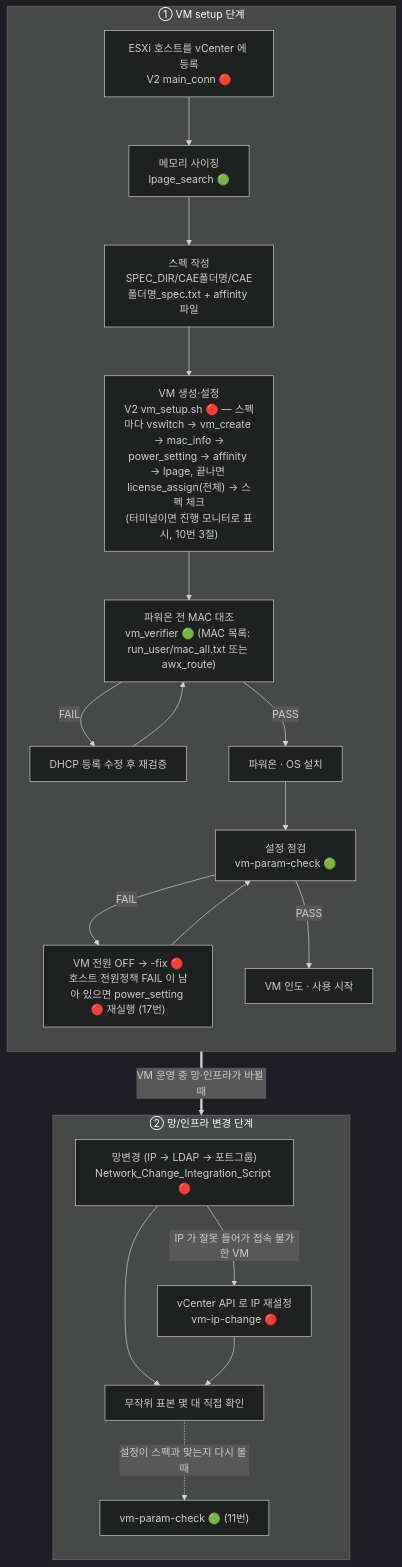
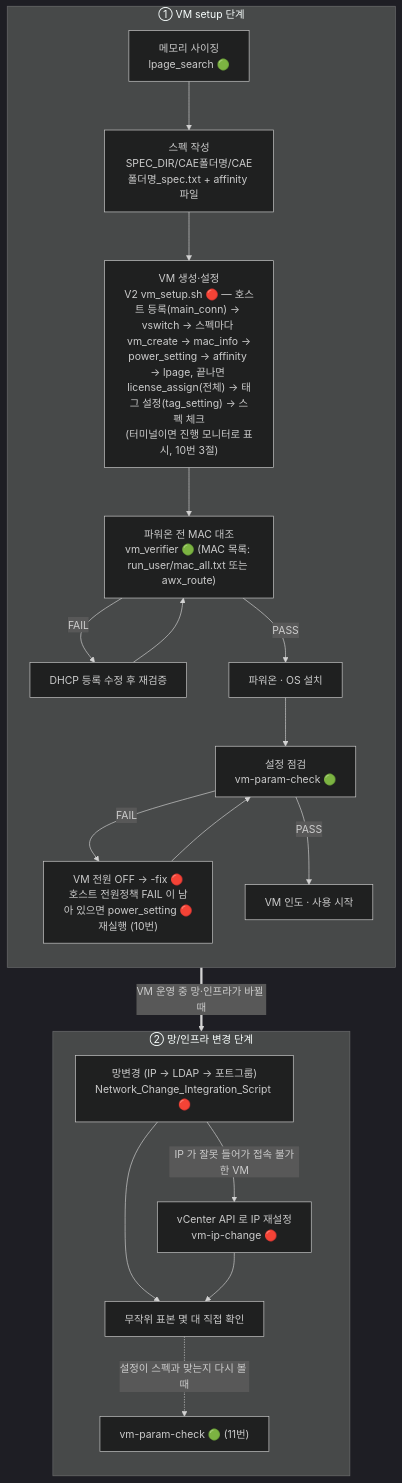
The diagram in .claude/VM/인수인계/README.md (qazx2675/myrepo), drawn with Mermaid (dark theme) before and after one commit. The commit also changed other lines of this file and 18 other files, not shown here.

Commit message:
docs(VM/인수인계): tag_setting·호스트 등록 반영, 17·31·99번 및 불필요 절 삭제, 유지보수를 프로젝트 폴더+참조 문서 방식으로 개편

````diff
--- a/.claude/VM/인수인계/README.md
+++ b/.claude/VM/인수인계/README.md
@@ -26,30 +26,30 @@
 ```mermaid
 flowchart TD
     subgraph S1["① VM setup 단계"]
         direction TB
-        A["ESXi 호스트를 vCenter 에 등록<br/>V2 main_conn 🔴"] --> B["메모리 사이징<br/>lpage_search 🟢"]
+        B["메모리 사이징<br/>lpage_search 🟢"]
         B --> C["스펙 작성<br/>SPEC_DIR/CAE폴더명/CAE폴더명_spec.txt + affinity 파일"]
-        C --> D["VM 생성·설정<br/>V2 vm_setup.sh 🔴 — 스펙마다 vswitch → vm_create → mac_info →<br/>power_setting → affinity → lpage, 끝나면 license_assign(전체) → 스펙 체크<br/>(터미널이면 진행 모니터로 표시, 10번 3절)"]
+        C --> D["VM 생성·설정<br/>V2 vm_setup.sh 🔴 — 호스트 등록(main_conn) → vswitch → 스펙마다 vm_create → mac_info →<br/>power_setting → affinity → lpage, 끝나면 license_assign(전체) → 태그 설정(tag_setting) → 스펙 체크<br/>(터미널이면 진행 모니터로 표시, 10번 3절)"]
         D --> F["파워온 전 MAC 대조<br/>vm_verifier 🟢 (MAC 목록: run_user/mac_all.txt 또는 awx_route)"]
         F -- FAIL --> F1["DHCP 등록 수정 후 재검증"] --> F
         F -- PASS --> G["파워온 · OS 설치"]
         G --> H["설정 점검<br/>vm-param-check 🟢"]
-        H -- FAIL --> H1["VM 전원 OFF → -fix 🔴<br/>호스트 전원정책 FAIL 이 남아 있으면 power_setting 🔴 재실행 (17번)"] --> H
+        H -- FAIL --> H1["VM 전원 OFF → -fix 🔴<br/>호스트 전원정책 FAIL 이 남아 있으면 power_setting 🔴재실행 (10번)"] --> H
         H -- PASS --> I["VM 인도 · 사용 시작"]
     end
     subgraph S2["② 망/인프라 변경 단계"]
         direction TB
         J["망변경 (IP → LDAP → 포트그룹)<br/>Network_Change_Integration_Script 🔴"]
         J -- "IP 가 잘못 들어가 접속 불가한 VM" --> K["vCenter API 로 IP 재설정<br/>vm-ip-change 🔴"]
         J --> L["무작위 표본 몇 대 직접 확인"]
         K --> L
         L -. "설정이 스펙과 맞는지 다시 볼 때" .-> M["vm-param-check 🟢 (11번)"]
     end
     S1 ==>|"VM 운영 중 망·인프라가 바뀔 때"| S2
     class A,D,H1,J,K change
     class B,M cmd
     class C input
     class F,H gate
     class F1 warn
     class I,L safe
 ```
````
